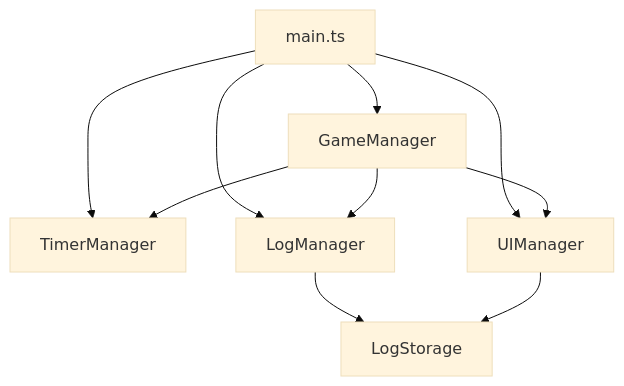
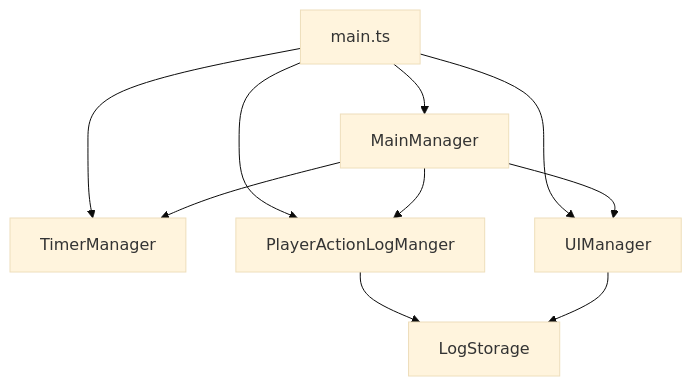
The first of 2 diagrams in plans/2025-04-13-minecraft-addon.md (terao-ryohei/MC-Action-Logger), drawn with Mermaid (base theme) before and after one commit. The commit also changed other lines of this file and 30 other files, not shown here.

````diff
--- a/plans/2025-04-13-minecraft-addon.md
+++ b/plans/2025-04-13-minecraft-addon.md
@@ -5,14 +5,14 @@
 ```mermaid
 graph TD
-    A[main.ts] --> B[GameManager]
+    A[main.ts] --> B[MainManager]
     A --> C[TimerManager]
-    A --> D[LogManager]
+    A --> D[PlayerActionLogManger]
     A --> E[UIManager]
     
     B --> C
     B --> D
     B --> E
     
     D --> F[LogStorage]
     E --> F
 ```
````
